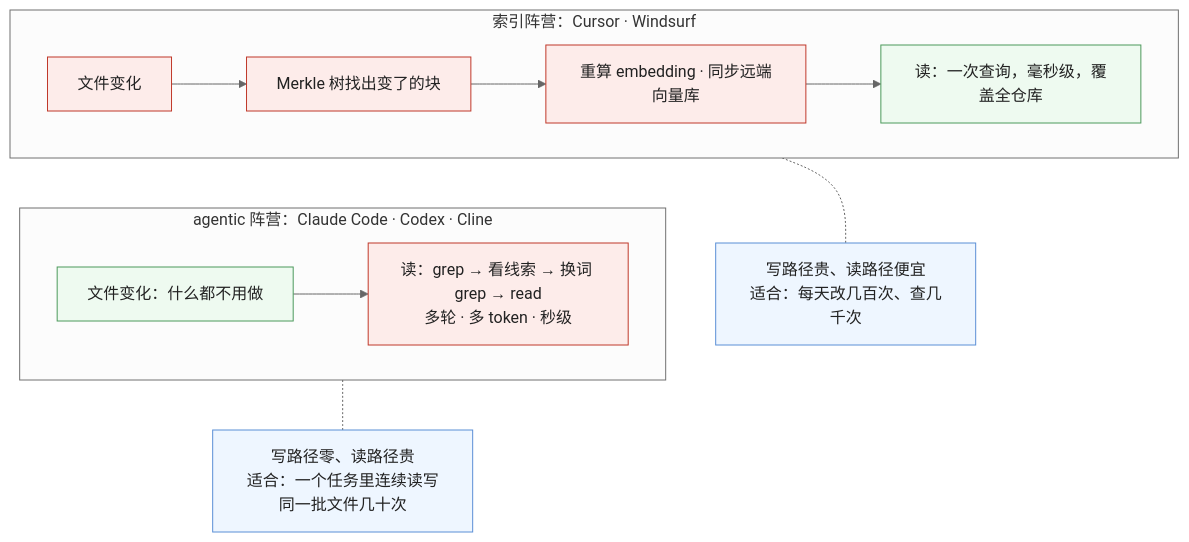
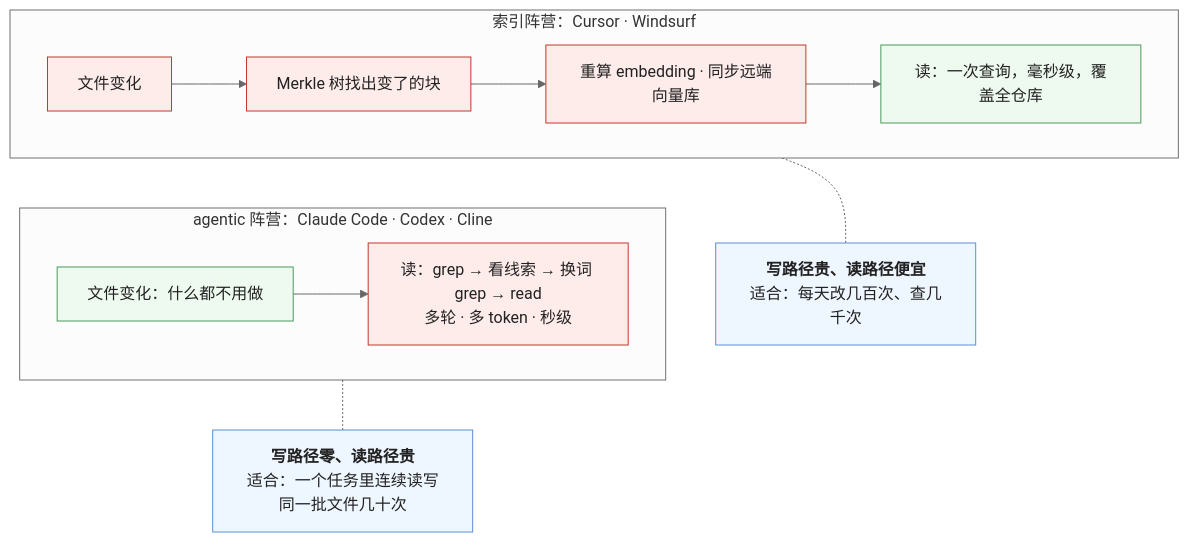
Before and after one commit to arganzheng/arganzheng.github.com: the third of 5 diagrams in _posts/2026-10-14-three-kinds-of-retrieval-lexical-vector-structured.md, drawn with Mermaid (neutral theme). The commit also changed other lines of this file and 7 other files, not shown here.

First line of the commit message:
检索与知识接入：私域知识怎么进入模型：Mermaid 多行方框的首行标为标题（8 篇）

````diff
--- a/_posts/2026-10-14-three-kinds-of-retrieval-lexical-vector-structured.md
+++ b/_posts/2026-10-14-three-kinds-of-retrieval-lexical-vector-structured.md
@@ -132,22 +132,22 @@
 ```mermaid
 %% 图：过期税由谁付——索引阵营付在写路径：每次文件变化触发 Merkle 树比对、重算变了的块、同步远端，换来读路径一次查询毫秒级；agentic 阵营付在读路径：每次查询多轮 grep / read、多 token、秒级，换来写路径为零；哪个便宜看读写比
 flowchart TB
     subgraph IDX["索引阵营：Cursor · Windsurf"]
         direction LR
         W1["文件变化"] --> W2["Merkle 树找出变了的块"] --> W3["重算 embedding · 同步远端向量库"] --> W4["读：一次查询，毫秒级，覆盖全仓库"]
     end
     subgraph AGT["agentic 阵营：Claude Code · Codex · Cline"]
         direction LR
         R1["文件变化：什么都不用做"] --> R2["读：grep → 看线索 → 换词 grep → read<br/>多轮 · 多 token · 秒级"]
     end
     IDX ~~~ AGT
-    IDX -.- N1["写路径贵、读路径便宜<br/>适合：每天改几百次、查几千次"]
-    AGT -.- N2["写路径零、读路径贵<br/>适合：一个任务里连续读写同一批文件几十次"]
+    IDX -.- N1["<b>写路径贵、读路径便宜</b><br/>适合：每天改几百次、查几千次"]
+    AGT -.- N2["<b>写路径零、读路径贵</b><br/>适合：一个任务里连续读写同一批文件几十次"]
     classDef w fill:#fdecea,stroke:#c0392b,color:#222
     classDef r fill:#eefaf0,stroke:#4d9a5c,color:#222
     classDef n fill:#eef6ff,stroke:#5b8fd6,color:#222
     class W1,W2,W3 w
     class W4,R1 r
     class R2 w
     class N1,N2 n
 ```
````
